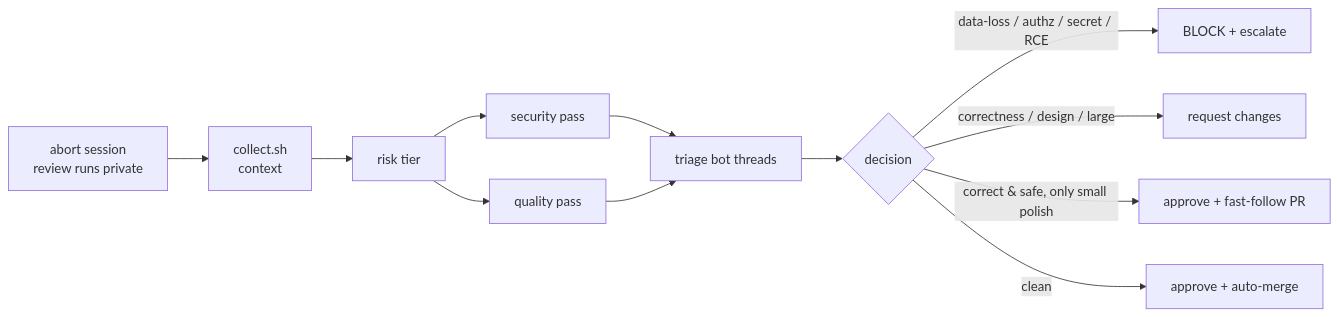
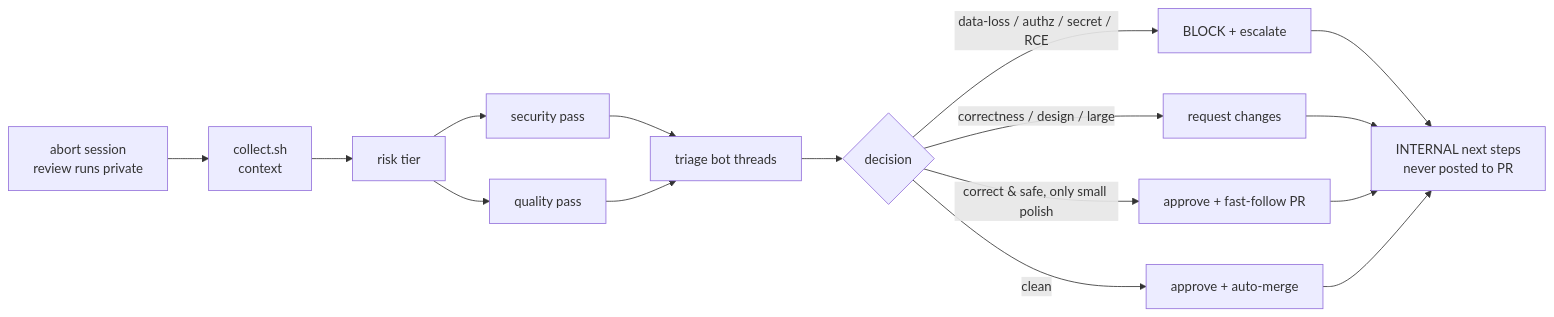
Before and after one commit to sageox/ox: the diagram in .claude/skills/review-incoming-pr/SKILL.md, drawn with Mermaid. The commit also changed other lines of this file and 1 other file, not shown here.

First line of the commit message:
fix(skills): scan full review-comment bodies, fail closed on checks-fetch, add internal next-steps step

````diff
--- a/.claude/skills/review-incoming-pr/SKILL.md
+++ b/.claude/skills/review-incoming-pr/SKILL.md
@@ -30,14 +30,18 @@
 ```mermaid
 flowchart LR
   P[abort session<br/>review runs private] --> G[collect.sh<br/>context]
   G --> R[risk tier]
   R --> S[security pass]
   R --> Q[quality pass]
   S --> T[triage bot threads]
   Q --> T
   T --> D{decision}
   D -->|data-loss / authz / secret / RCE| B[BLOCK + escalate]
   D -->|correctness / design / large| C[request changes]
   D -->|correct & safe, only small polish| F[approve + fast-follow PR]
   D -->|clean| A[approve + auto-merge]
+  B --> N[INTERNAL next steps<br/>never posted to PR]
+  C --> N
+  F --> N
+  A --> N
 ```
````
